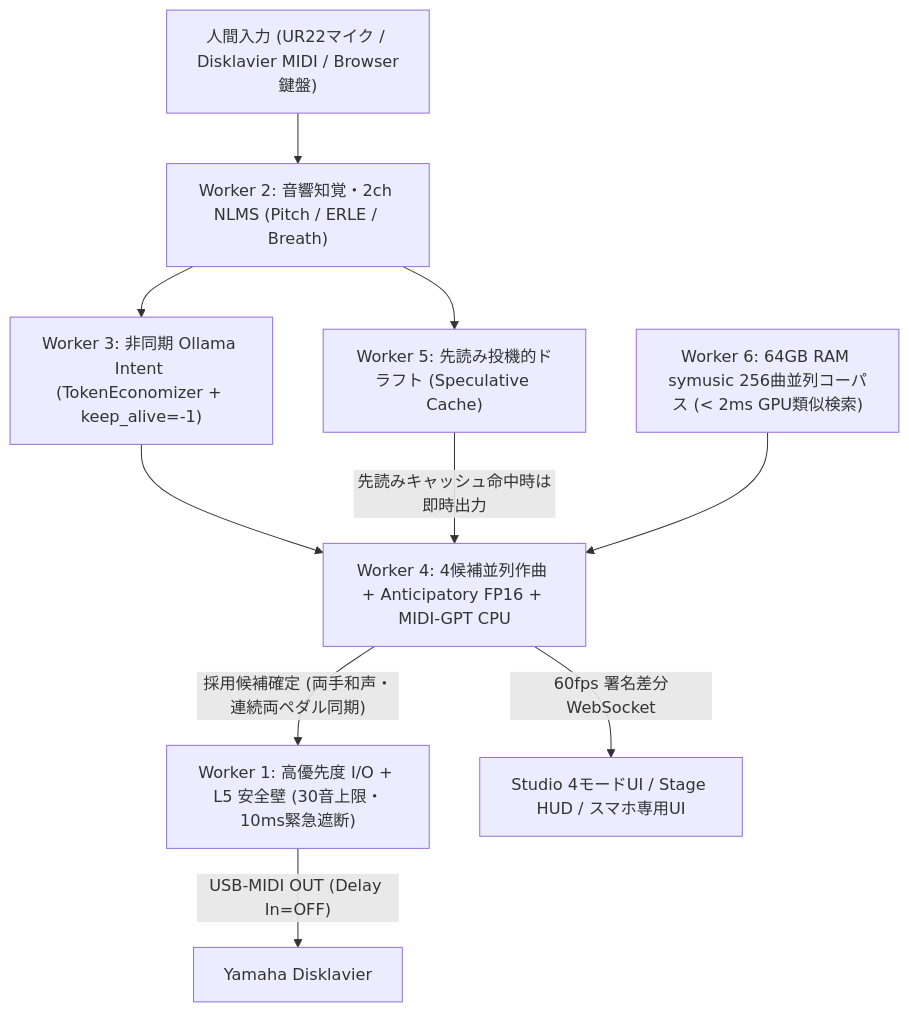
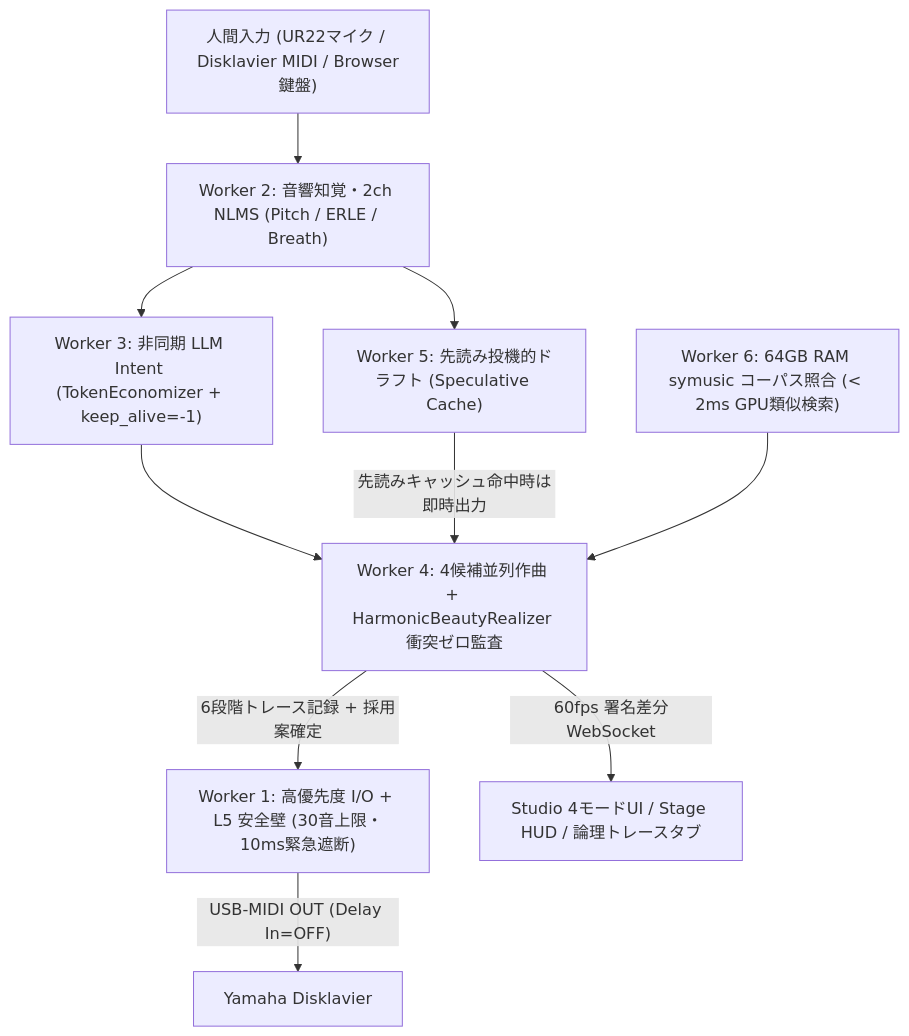
The second of 5 diagrams in README.md (AI-Avalon/Disklavier-Auto), drawn with Mermaid before and after one commit. The commit also changed other lines of this file and 154 other files, not shown here.

````diff
--- a/README.md
+++ b/README.md
@@ -68,12 +159,12 @@
 ```mermaid
 flowchart TB
     In["人間入力 (UR22マイク / Disklavier MIDI / Browser鍵盤)"] --> W2["Worker 2: 音響知覚・2ch NLMS (Pitch / ERLE / Breath)"]
-    W2 --> W3["Worker 3: 非同期 Ollama Intent (TokenEconomizer + keep_alive=-1)"]
+    W2 --> W3["Worker 3: 非同期 LLM Intent (TokenEconomizer + keep_alive=-1)"]
     W2 --> W5["Worker 5: 先読み投機的ドラフト (Speculative Cache)"]
-    W3 --> W4["Worker 4: 4候補並列作曲 + Anticipatory FP16 + MIDI-GPT CPU"]
+    W3 --> W4["Worker 4: 4候補並列作曲 + HarmonicBeautyRealizer 衝突ゼロ監査"]
     W5 -->|"先読みキャッシュ命中時は即時出力"| W4
-    W6["Worker 6: 64GB RAM symusic 256曲並列コーパス (< 2ms GPU類似検索)"] --> W4
-    W4 -->|"採用候補確定 (両手和声・連続両ペダル同期)"| W1["Worker 1: 高優先度 I/O + L5 安全壁 (30音上限・10ms緊急遮断)"]
+    W6["Worker 6: 64GB RAM symusic コーパス照合 (< 2ms GPU類似検索)"] --> W4
+    W4 -->|"6段階トレース記録 + 採用案確定"| W1["Worker 1: 高優先度 I/O + L5 安全壁 (30音上限・10ms緊急遮断)"]
     W1 -->|"USB-MIDI OUT (Delay In=OFF)"| Piano["Yamaha Disklavier"]
-    W4 -->|"60fps 署名差分WebSocket"| UI["Studio 4モードUI / Stage HUD / スマホ専用UI"]
+    W4 -->|"60fps 署名差分WebSocket"| UI["Studio 4モードUI / Stage HUD / 論理トレースタブ"]
 ```
````
